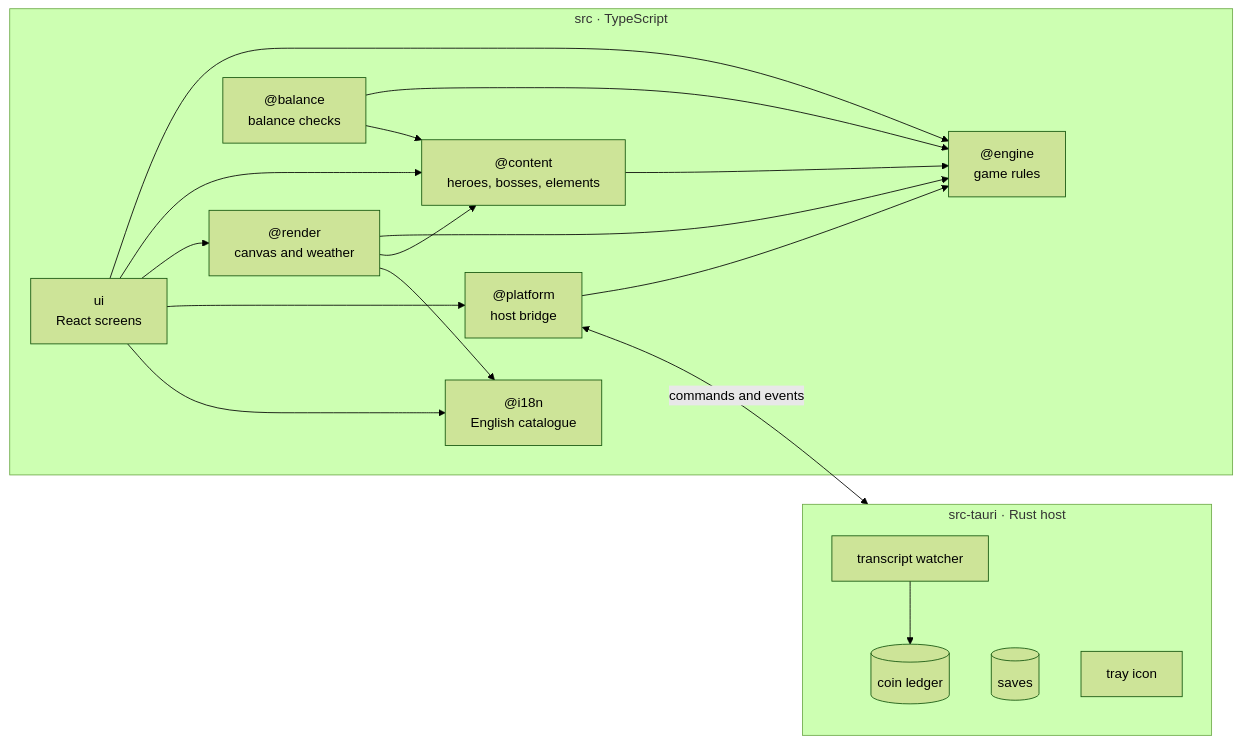
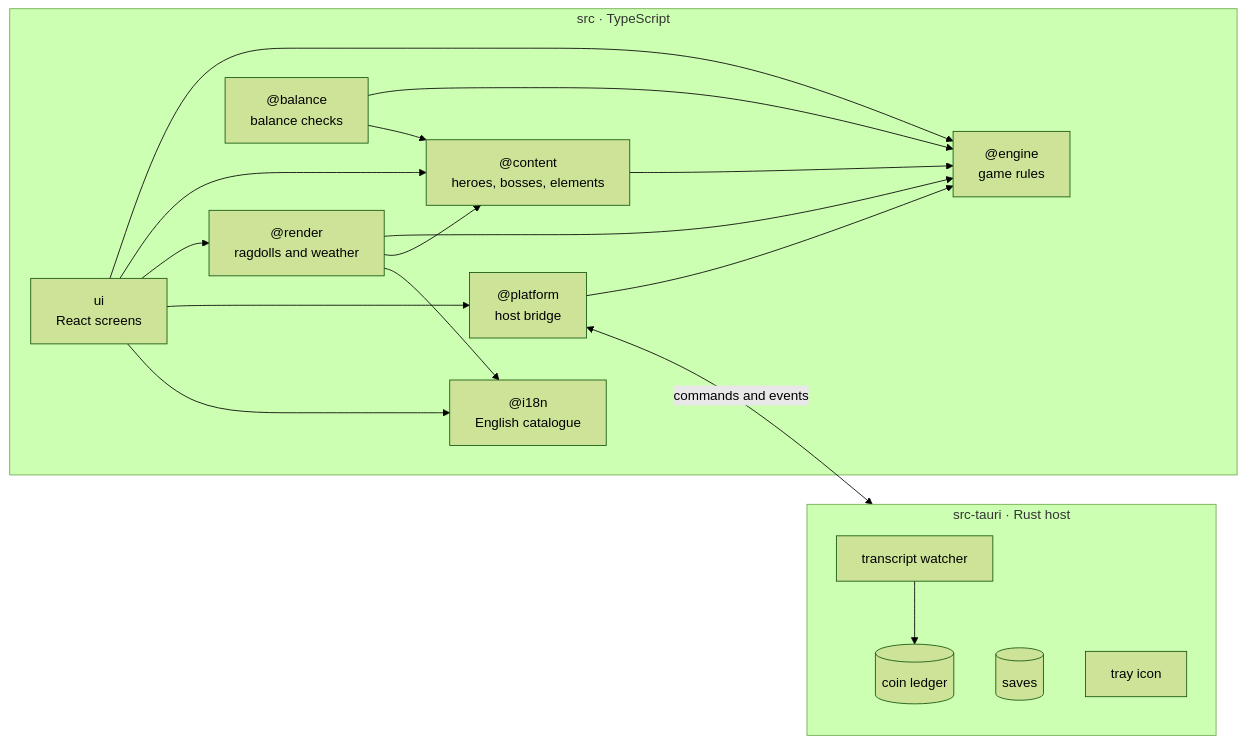
Before and after one commit to ostapondo/token-heroes: the diagram in README.md, drawn with Mermaid (forest theme). The commit also changed other lines of this file and 265 other files, not shown here.

````diff
--- a/README.md
+++ b/README.md
@@ -212,23 +218,23 @@
 ```mermaid
 flowchart LR
   subgraph host["src-tauri · Rust host"]
     watcher["transcript watcher"] --> ledger[("coin ledger")]
     saves[("saves")]
     tray["tray icon"]
   end
   subgraph web["src · TypeScript"]
     engine["@engine<br/>game rules"]
     content["@content<br/>heroes, bosses, elements"]
-    render["@render<br/>canvas and weather"]
+    render["@render<br/>ragdolls and weather"]
     platform["@platform<br/>host bridge"]
     i18n["@i18n<br/>English catalogue"]
     balance["@balance<br/>balance checks"]
     ui["ui<br/>React screens"]
     content --> engine
     render --> engine & content & i18n
     platform --> engine
     balance --> engine & content
     ui --> engine & content & render & platform & i18n
   end
   platform <-- "commands and events" --> host
 ```
````
